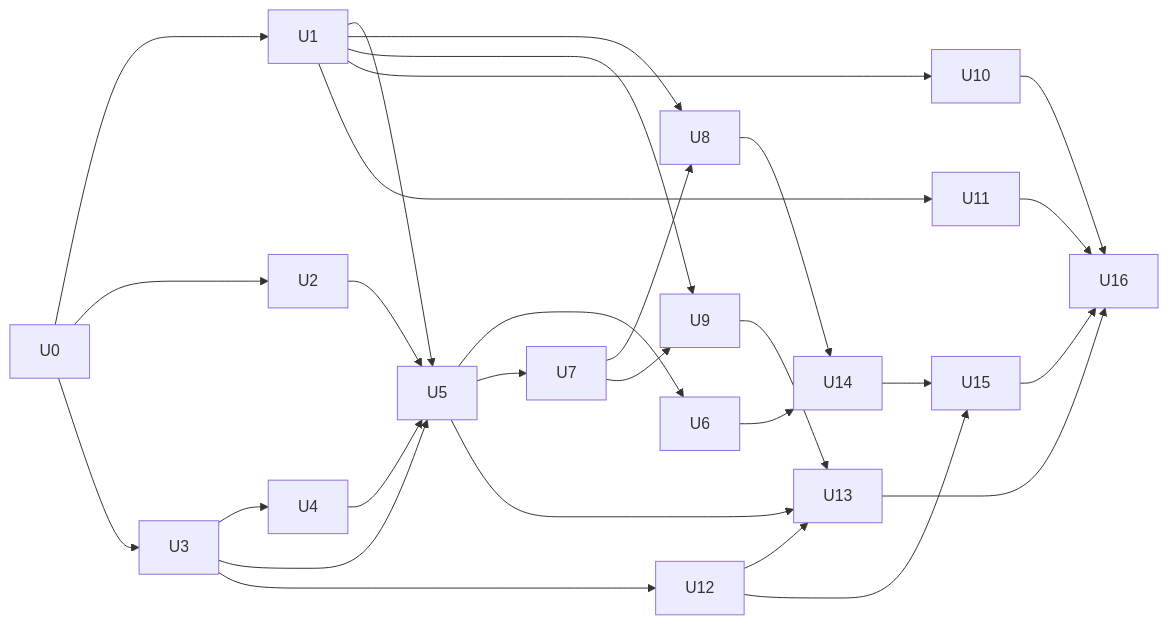
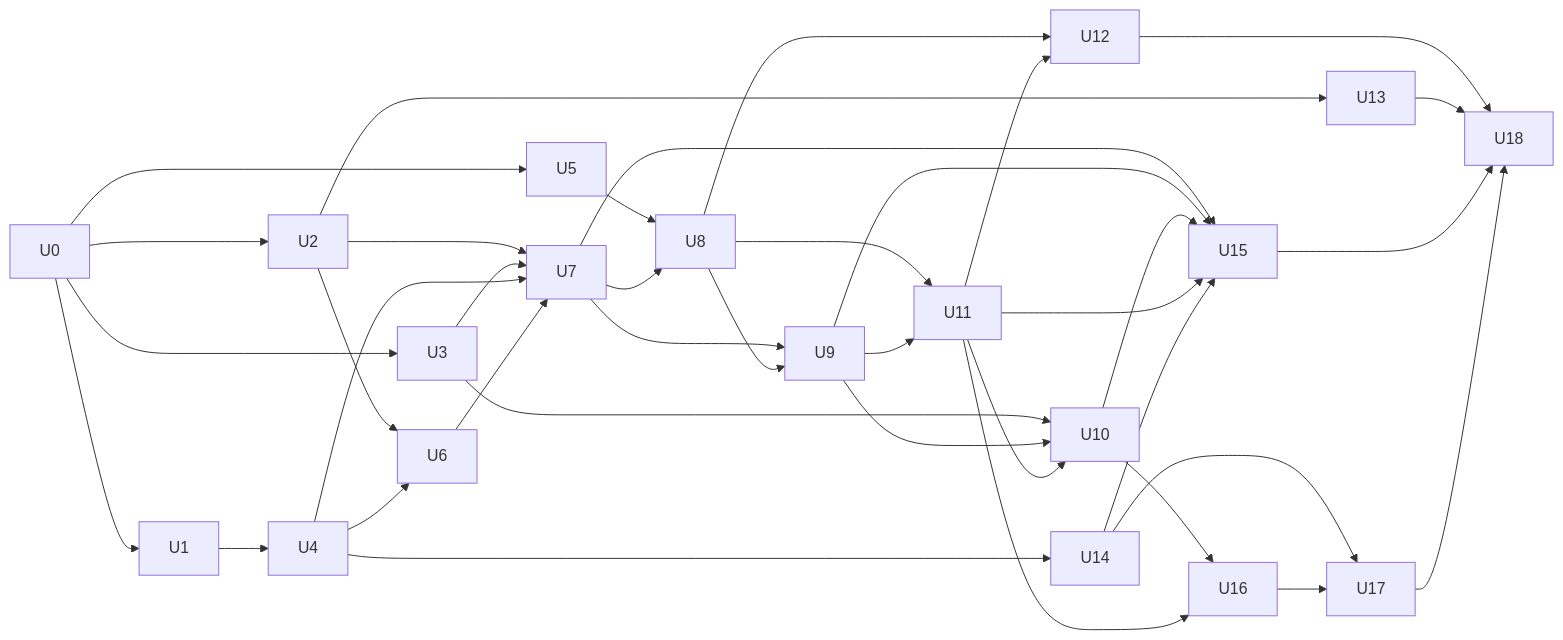
Before and after one commit to zishon89us/polyglot-sales-agent: the diagram in docs/plans/m3-ai-core.md, drawn with Mermaid. The commit also changed other lines of this file and 3 other files, not shown here.

````diff
--- a/docs/plans/m3-ai-core.md
+++ b/docs/plans/m3-ai-core.md
@@ -94,31 +162,40 @@
 ```mermaid
 flowchart LR
     U0 --> U1
     U0 --> U2
     U0 --> U3
-    U3 --> U4
-    U1 --> U5
-    U2 --> U5
-    U3 --> U5
-    U4 --> U5
-    U5 --> U6
-    U5 --> U7
-    U1 --> U8
+    U0 --> U5
+    U1 --> U4
+    U2 --> U6
+    U4 --> U6
+    U2 --> U7
+    U3 --> U7
+    U4 --> U7
+    U6 --> U7
+    U5 --> U8
     U7 --> U8
-    U1 --> U9
     U7 --> U9
-    U1 --> U10
-    U1 --> U11
-    U3 --> U12
-    U5 --> U13
-    U9 --> U13
-    U12 --> U13
-    U6 --> U14
-    U8 --> U14
-    U12 --> U15
+    U8 --> U9
+    U8 --> U11
+    U9 --> U11
+    U3 --> U10
+    U9 --> U10
+    U11 --> U10
+    U8 --> U12
+    U11 --> U12
+    U2 --> U13
+    U4 --> U14
+    U7 --> U15
+    U9 --> U15
+    U10 --> U15
+    U11 --> U15
     U14 --> U15
-    U13 --> U16
-    U15 --> U16
     U10 --> U16
     U11 --> U16
+    U14 --> U17
+    U16 --> U17
+    U12 --> U18
+    U13 --> U18
+    U15 --> U18
+    U17 --> U18
 ```
````
